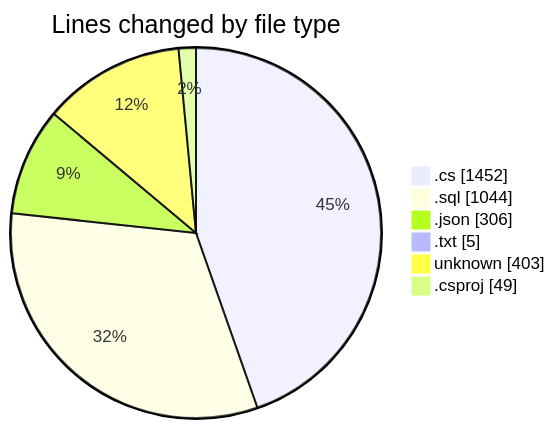
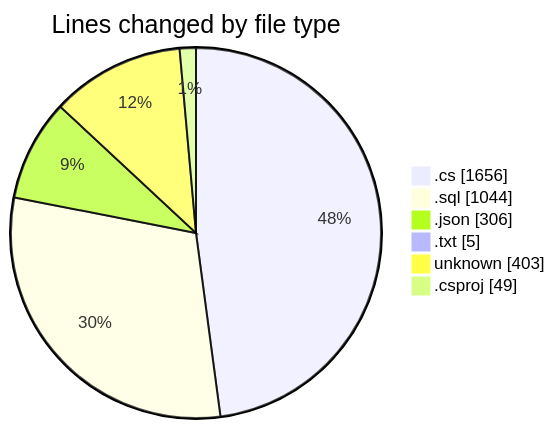
The first of 2 diagrams in 2025-04-04/back-end/README.md (Netris89/code-tracking), drawn with Mermaid before and after one commit. The commit also changed other lines of this file and 1 other file, not shown here.

````diff
--- a/2025-04-04/back-end/README.md
+++ b/2025-04-04/back-end/README.md
@@ -34,10 +34,10 @@
 ```mermaid
 pie showData
 title Lines changed by file type
-".cs" : 1452
+".cs" : 1656
 ".sql" : 1044
 ".json" : 306
 ".txt" : 5
 "unknown" : 403
 ".csproj" : 49
 ```
````
